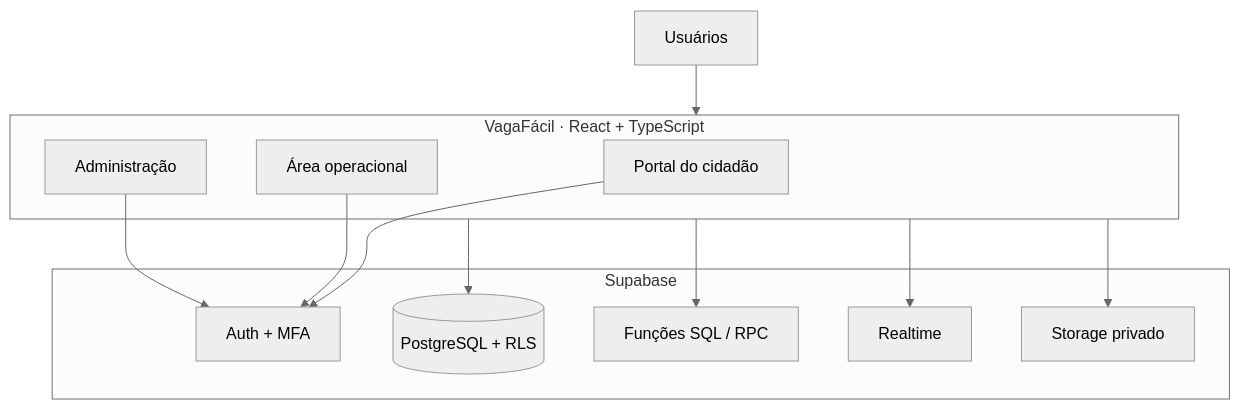
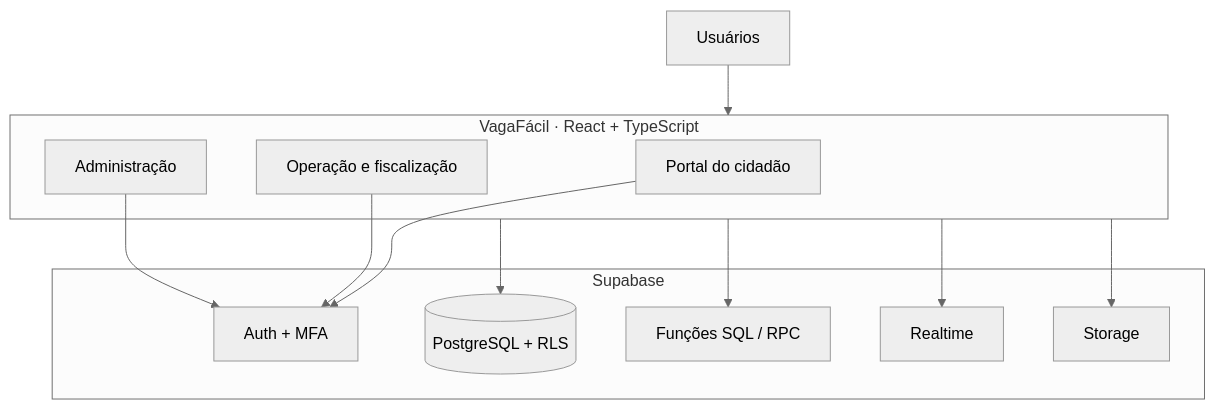
Before and after one commit to DevKove/VagaFacil: the diagram in README.md, drawn with Mermaid (neutral theme). The commit also changed other lines of this file, not shown here.

````diff
--- a/README.md
+++ b/README.md
@@ -109,24 +130,24 @@
 ```mermaid
 flowchart TB
   U[Usuários]
-  subgraph WEB["VagaFácil · React + TypeScript"]
+  subgraph APP["VagaFácil · React + TypeScript"]
     C[Portal do cidadão]
-    O[Área operacional]
+    O[Operação e fiscalização]
     A[Administração]
   end
   subgraph SB["Supabase"]
     AUTH[Auth + MFA]
     DB[(PostgreSQL + RLS)]
     RPC[Funções SQL / RPC]
     RT[Realtime]
-    ST[Storage privado]
+    ST[Storage]
   end
-  U --> WEB
+  U --> APP
   C --> AUTH
   O --> AUTH
   A --> AUTH
-  WEB --> DB
-  WEB --> RPC
-  WEB --> RT
-  WEB --> ST
+  APP --> DB
+  APP --> RPC
+  APP --> RT
+  APP --> ST
 ```
````
